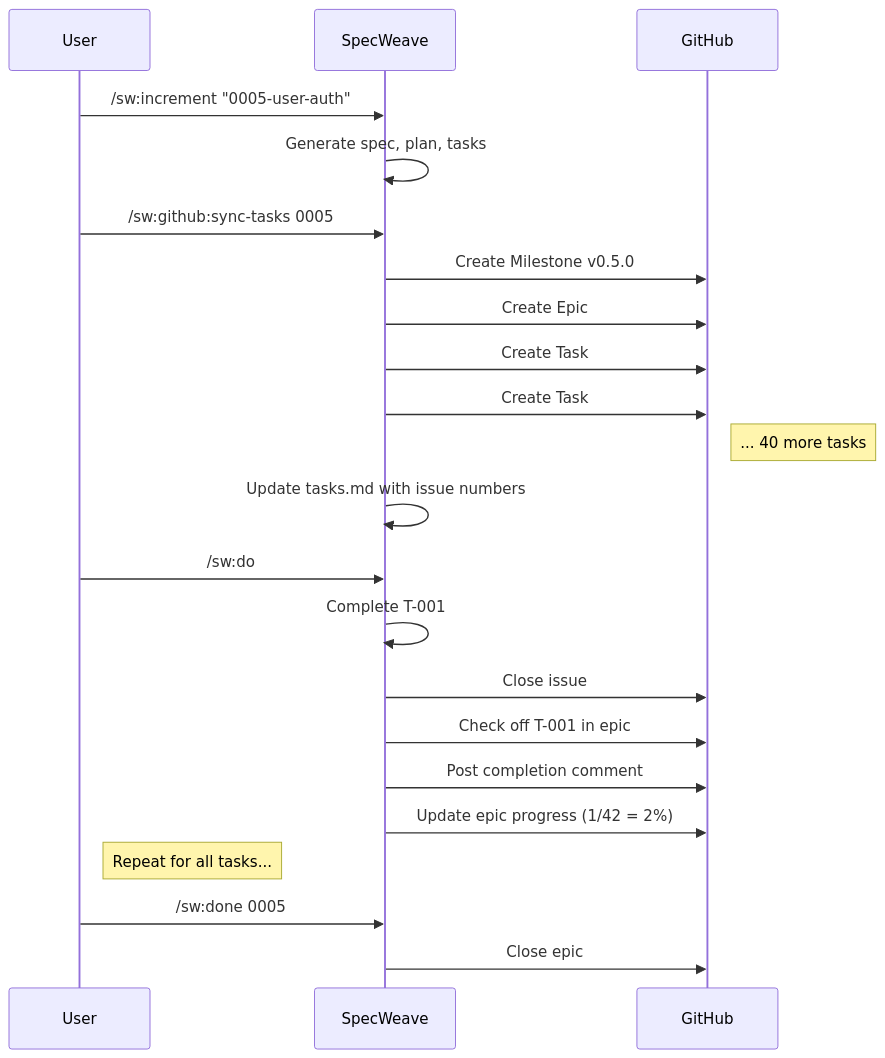
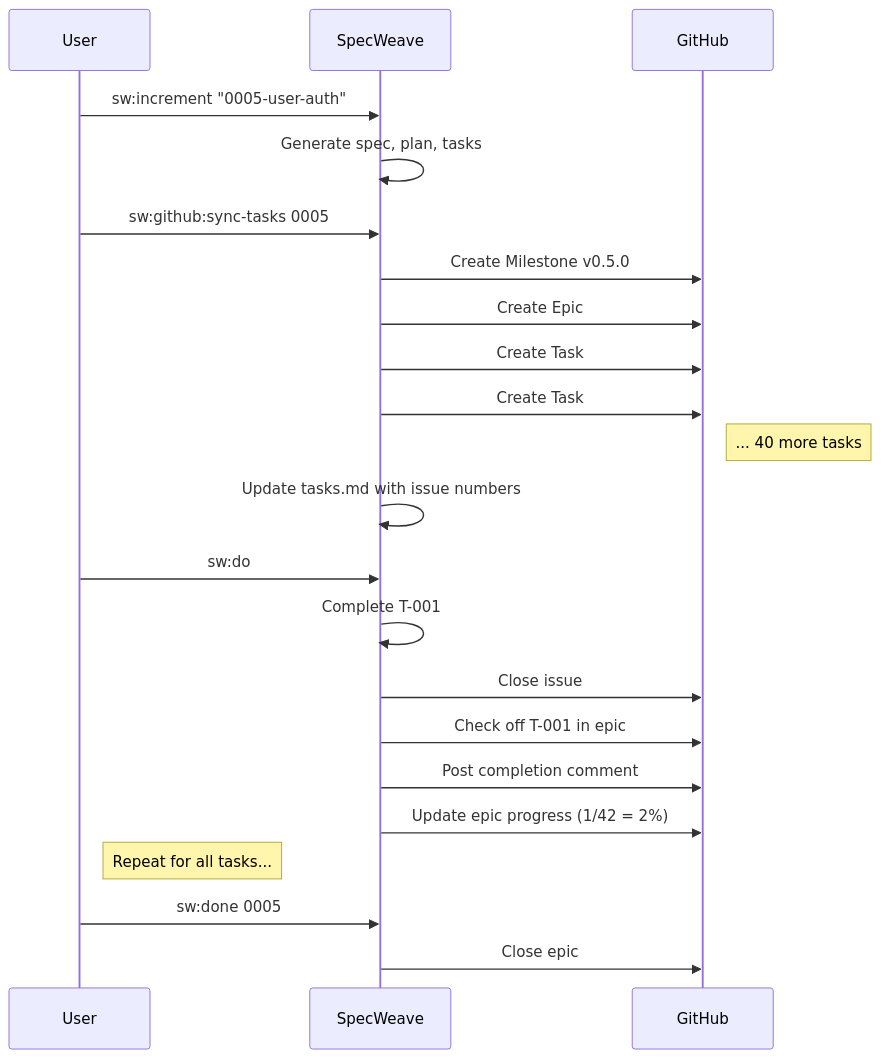
Before and after one commit to anton-abyzov/specweave: the diagram in docs-site/docs/guides/github-integration.md, drawn with Mermaid. The commit also changed other lines of this file and 328 other files, not shown here.

````diff
--- a/docs-site/docs/guides/github-integration.md
+++ b/docs-site/docs/guides/github-integration.md
@@ -280,29 +280,29 @@
 ```mermaid
 sequenceDiagram
     participant User
     participant SpecWeave
     participant GitHub
 
-    User->>SpecWeave: /sw:increment "0005-user-auth"
+    User->>SpecWeave: sw:increment "0005-user-auth"
     SpecWeave->>SpecWeave: Generate spec, plan, tasks
 
-    User->>SpecWeave: /sw:github:sync-tasks 0005
+    User->>SpecWeave: sw:github:sync-tasks 0005
     SpecWeave->>GitHub: Create Milestone v0.5.0
     SpecWeave->>GitHub: Create Epic #42
     SpecWeave->>GitHub: Create Task #43 (T-001)
     SpecWeave->>GitHub: Create Task #44 (T-002)
     Note right of GitHub: ... 40 more tasks
     SpecWeave->>SpecWeave: Update tasks.md with issue numbers
 
-    User->>SpecWeave: /sw:do
+    User->>SpecWeave: sw:do
     SpecWeave->>SpecWeave: Complete T-001
     SpecWeave->>GitHub: Close issue #43
     SpecWeave->>GitHub: Check off T-001 in epic #42
     SpecWeave->>GitHub: Post completion comment
     SpecWeave->>GitHub: Update epic progress (1/42 = 2%)
 
     Note right of User: Repeat for all tasks...
 
-    User->>SpecWeave: /sw:done 0005
+    User->>SpecWeave: sw:done 0005
     SpecWeave->>GitHub: Close epic #42
 ```
````
